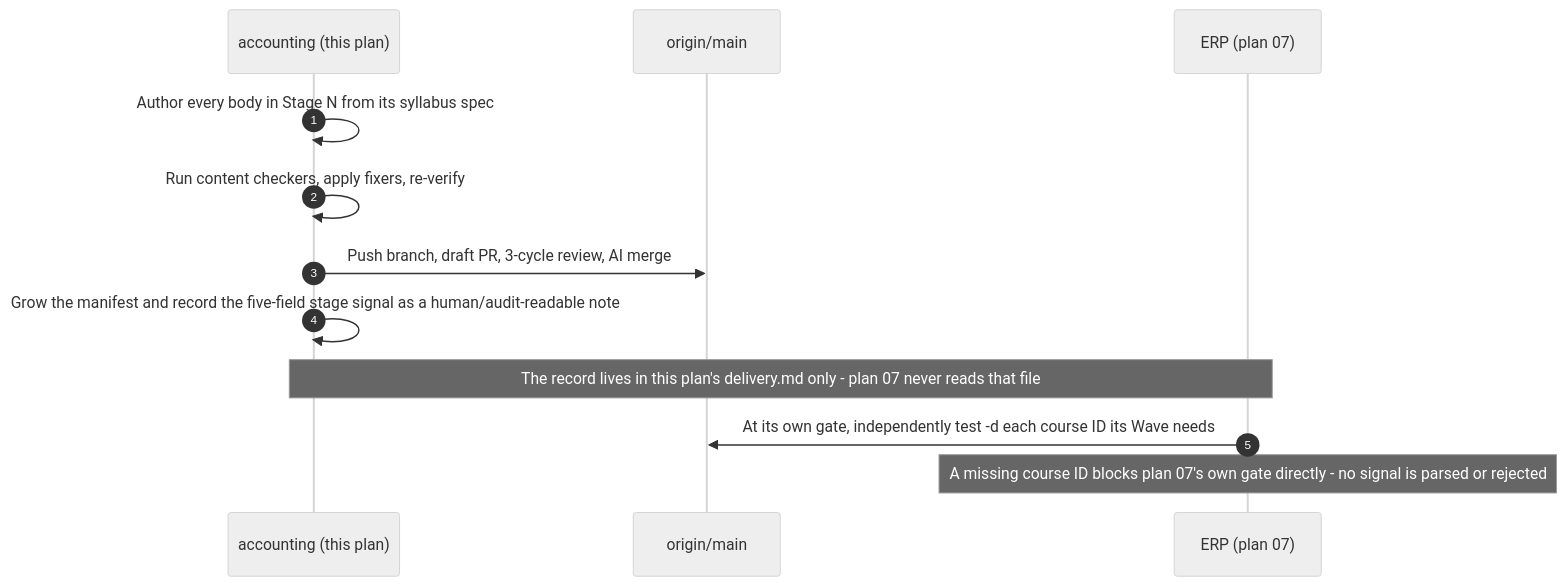
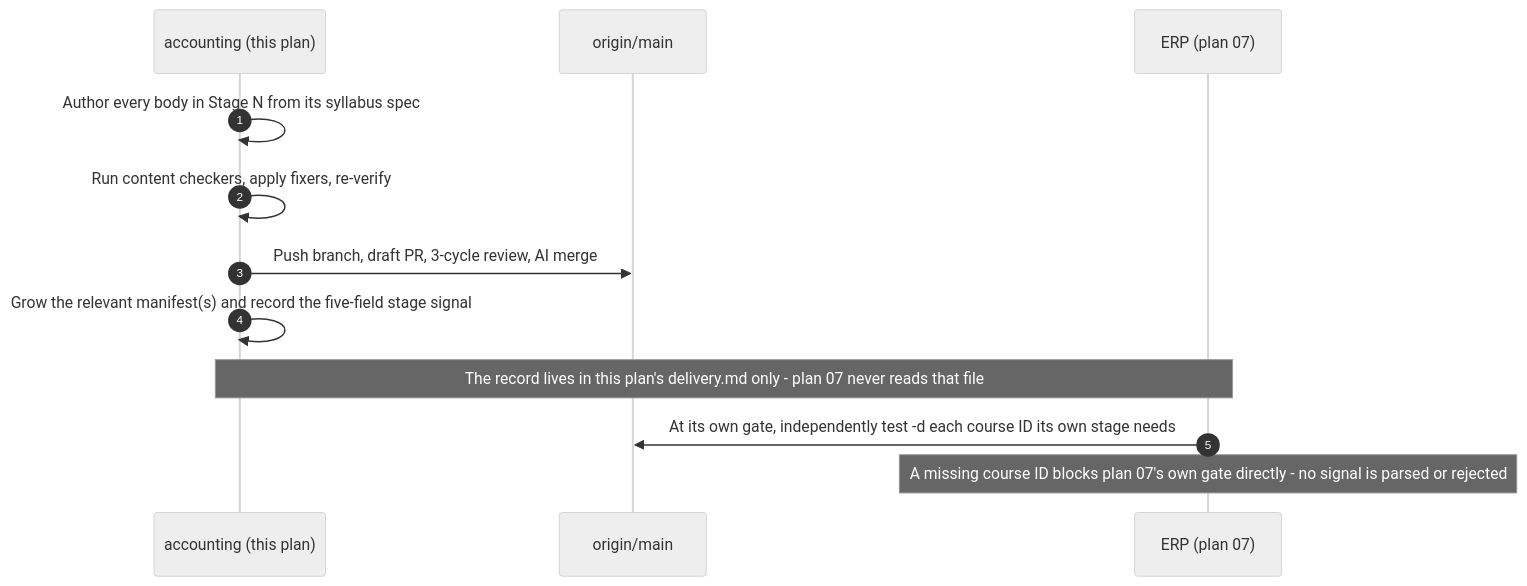
The third of 4 diagrams in plans/backlog/ayokoding-learning-path-06-skills-accounting/tech-docs.md (wahidyankf/baseerah), drawn with Mermaid (neutral theme) before and after one commit. The commit also changed other lines of this file and 32 other files, not shown here.

First line of the commit message:
docs(plans): rewrite the accounting plan into two paths at build-founding depth

````diff
--- a/plans/backlog/ayokoding-learning-path-06-skills-accounting/tech-docs.md
+++ b/plans/backlog/ayokoding-learning-path-06-skills-accounting/tech-docs.md
@@ -479,16 +545,16 @@
 ```mermaid
-%% Order of operations across the two skills plans when a stage lands.
+%% Order of operations across the two skills plans when a stage lands. Unchanged mechanism; renamed field.
 sequenceDiagram
     autonumber
     participant A6 as accounting (this plan)
     participant Main as origin/main
     participant P7 as ERP (plan 07)
 
     A6->>A6: Author every body in Stage N from its syllabus spec
     A6->>A6: Run content checkers, apply fixers, re-verify
     A6->>Main: Push branch, draft PR, 3-cycle review, AI merge
-    A6->>A6: Grow the manifest and record the five-field stage signal as a human/audit-readable note
+    A6->>A6: Grow the relevant manifest(s) and record the five-field stage signal
     Note over A6,P7: The record lives in this plan's delivery.md only - plan 07 never reads that file
-    P7->>Main: At its own gate, independently test -d each course ID its Wave needs
+    P7->>Main: At its own gate, independently test -d each course ID its own stage needs
     Note over P7: A missing course ID blocks plan 07's own gate directly - no signal is parsed or rejected
 ```
````
